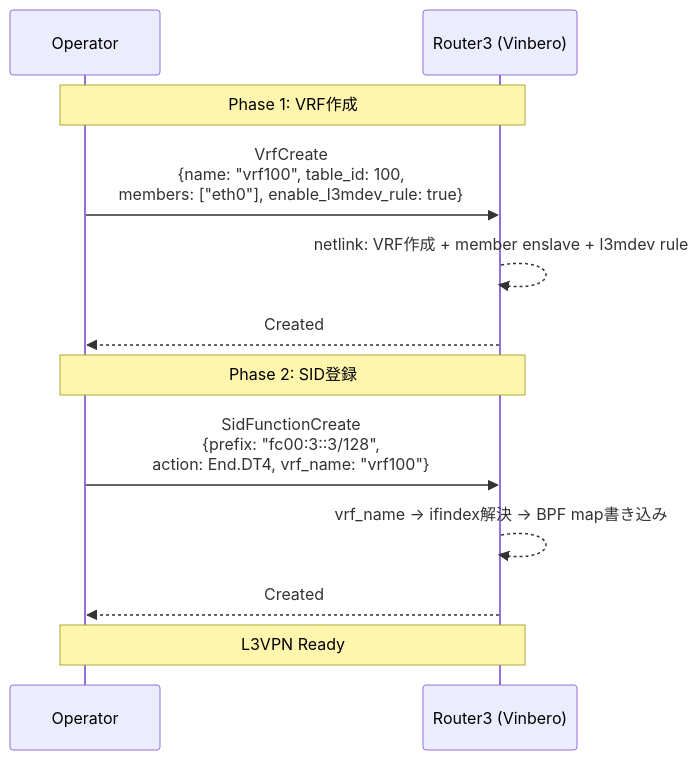
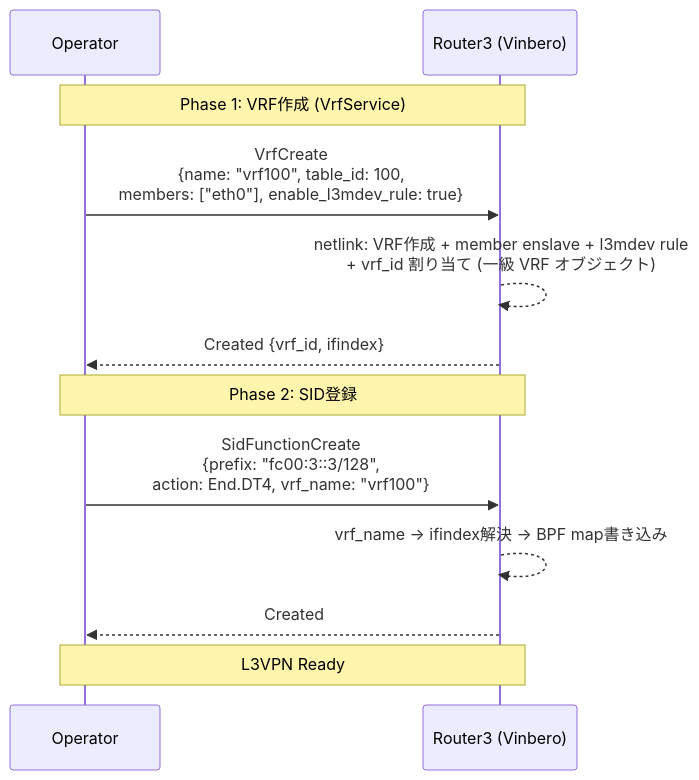
Before and after one commit to takehaya/Vinbero: the third of 22 diagrams in docs/design/ja/api_sequence.md, drawn with Mermaid. The commit also changed other lines of this file and 5 other files, not shown here.

First line of the commit message:
docs(vrf): add the VRF object design doc; align existing docs with VrfService

````diff
--- a/docs/design/ja/api_sequence.md
+++ b/docs/design/ja/api_sequence.md
@@ -113,19 +113,19 @@
 ```mermaid
 sequenceDiagram
     participant Op as Operator
     participant R3 as Router3 (Vinbero)
 
-    Note over Op,R3: Phase 1: VRF作成
+    Note over Op,R3: Phase 1: VRF作成 (VrfService)
 
     Op->>R3: VrfCreate<br/>{name: "vrf100", table_id: 100,<br/>members: ["eth0"], enable_l3mdev_rule: true}
-    R3-->>R3: netlink: VRF作成 + member enslave + l3mdev rule
-    R3-->>Op: Created
+    R3-->>R3: netlink: VRF作成 + member enslave + l3mdev rule<br/>+ vrf_id 割り当て (一級 VRF オブジェクト)
+    R3-->>Op: Created {vrf_id, ifindex}
 
     Note over Op,R3: Phase 2: SID登録
 
     Op->>R3: SidFunctionCreate<br/>{prefix: "fc00:3::3/128",<br/>action: End.DT4, vrf_name: "vrf100"}
     R3-->>R3: vrf_name → ifindex解決 → BPF map書き込み
     R3-->>Op: Created
 
     Note over Op,R3: L3VPN Ready
 ```
````
